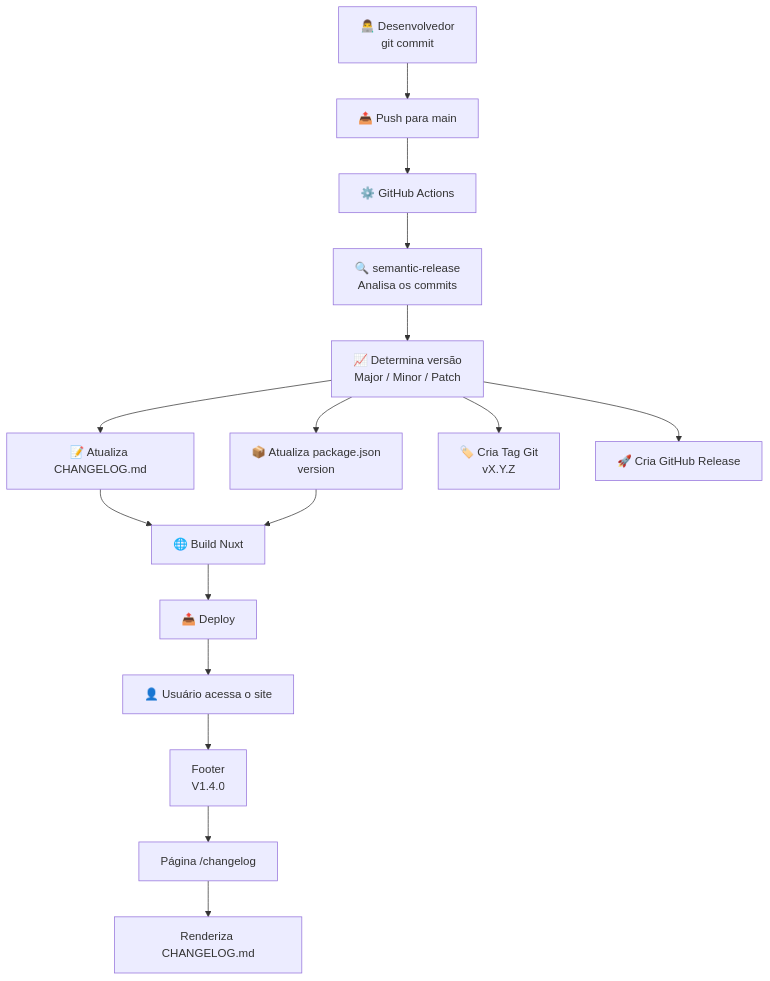
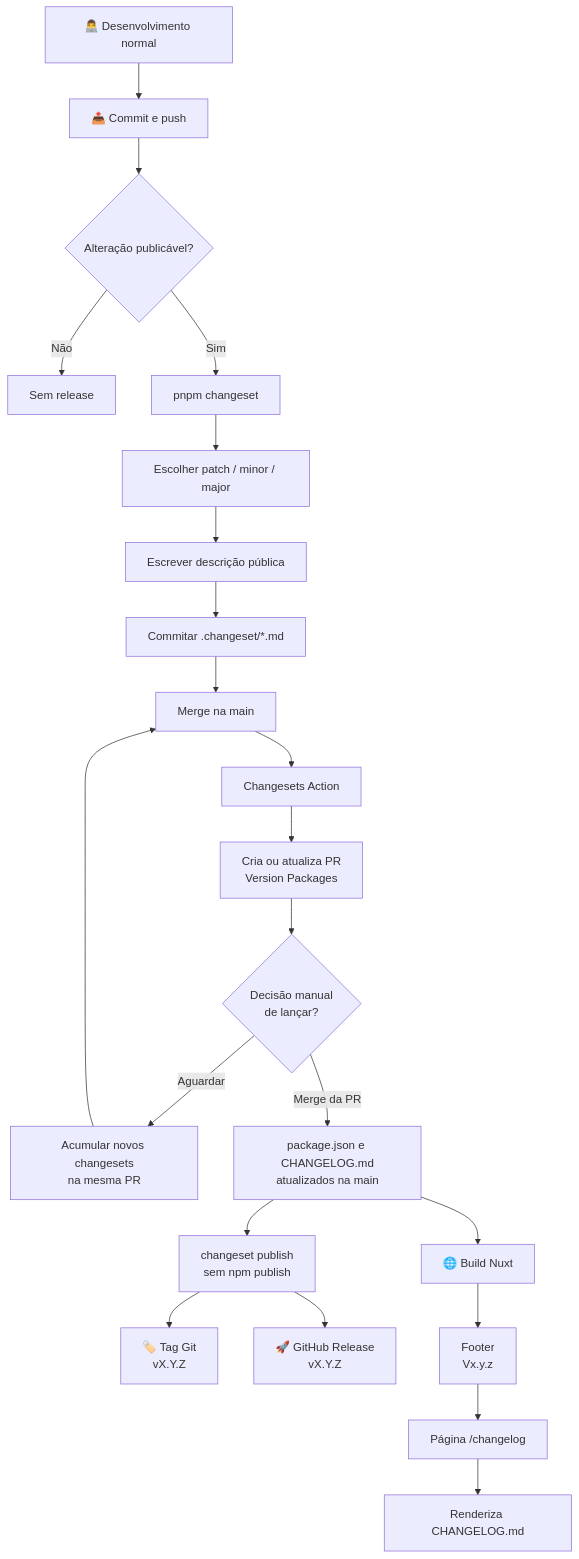
One commit to gabriel-vitebo/my-portfolio changed the diagram in docs/release-flow.md. Above: the diagram before and after it, drawn with Mermaid. The commit also changed other lines of this file and 12 other files, not shown here.

Commit message:
chore: remove release configuration file for semantic release

````diff
--- a/docs/release-flow.md
+++ b/docs/release-flow.md
@@ -3,33 +3,45 @@
 ```mermaid
 flowchart TD
 
-    A["👨‍💻 Desenvolvedor<br/>git commit"] --> B["📤 Push para main"]
+    A["👨‍💻 Desenvolvimento normal"] --> B["📤 Commit e push"]
 
-    B --> C["⚙️ GitHub Actions"]
+    B --> C{"Alteração publicável?"}
 
-    C --> D["🔍 semantic-release<br/>Analisa os commits"]
+    C -->|"Não"| D["Sem release"]
 
-    D --> E["📈 Determina versão<br/>Major / Minor / Patch"]
+    C -->|"Sim"| E["pnpm changeset"]
 
-    E --> F["📝 Atualiza CHANGELOG.md"]
+    E --> F["Escolher patch / minor / major"]
 
-    E --> G["📦 Atualiza package.json<br/>version"]
+    F --> G["Escrever descrição pública"]
 
-    E --> H["🏷️ Cria Tag Git<br/>vX.Y.Z"]
+    G --> H["Commitar .changeset/*.md"]
 
-    E --> I["🚀 Cria GitHub Release"]
+    H --> I["Merge na main"]
 
-    F --> J["🌐 Build Nuxt"]
+    I --> J["Changesets Action"]
 
-    G --> J
+    J --> K["Cria ou atualiza PR<br/>Version Packages"]
 
-    J --> K["📤 Deploy"]
+    K --> L{"Decisão manual<br/>de lançar?"}
 
-    K --> L["👤 Usuário acessa o site"]
+    L -->|"Aguardar"| M["Acumular novos changesets<br/>na mesma PR"]
 
-    L --> M["Footer<br/>V1.4.0"]
+    M --> I
 
-    M --> N["Página /changelog"]
+    L -->|"Merge da PR"| N["package.json e CHANGELOG.md<br/>atualizados na main"]
 
-    N --> O["Renderiza CHANGELOG.md"]
+    N --> O["changeset publish<br/>sem npm publish"]
+
+    O --> P["🏷️ Tag Git<br/>vX.Y.Z"]
+
+    O --> Q["🚀 GitHub Release<br/>vX.Y.Z"]
+
+    N --> R["🌐 Build Nuxt"]
+
+    R --> S["Footer<br/>Vx.y.z"]
+
+    S --> T["Página /changelog"]
+
+    T --> U["Renderiza CHANGELOG.md"]
 ```
````
